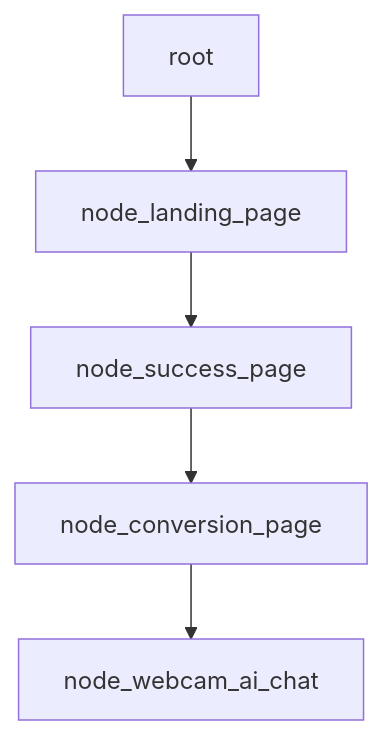
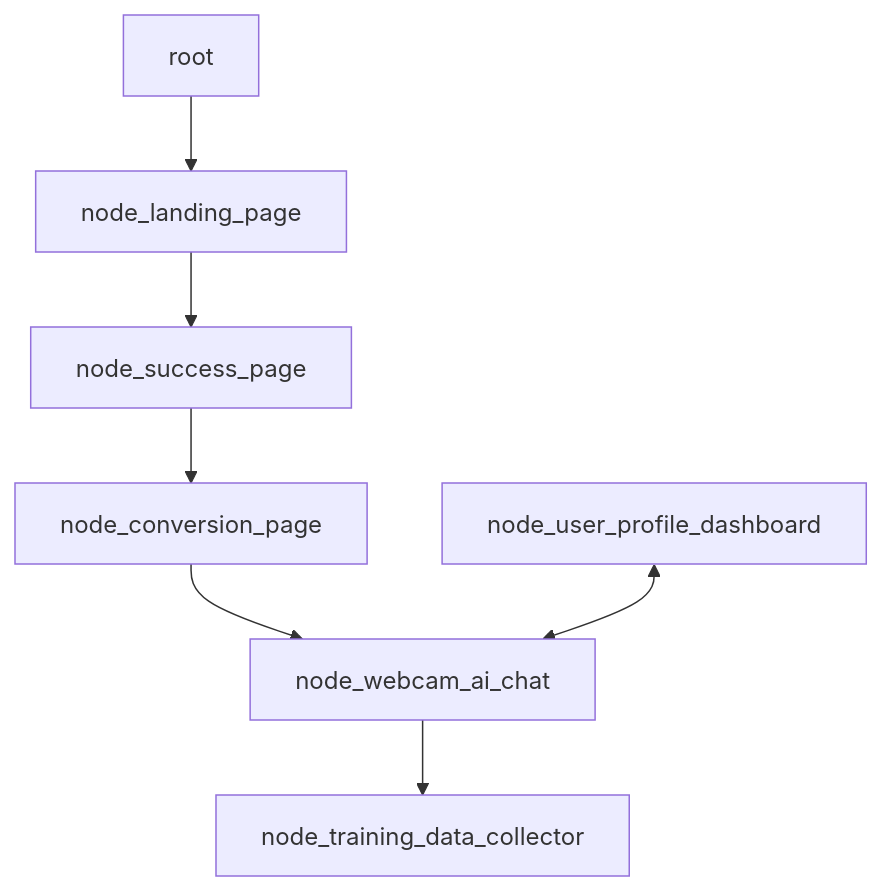
Before and after one commit to WrappedUsername/doggy-decoder-jac: the first of 2 diagrams in README.md, drawn with Mermaid. The commit also changed other lines of this file, not shown here.

````diff
--- a/README.md
+++ b/README.md
@@ -19,7 +19,9 @@
 ```mermaid
 graph TD;
     root-->node_landing_page
     node_landing_page-->node_success_page
     node_success_page-->node_conversion_page
     node_conversion_page-->node_webcam_ai_chat
+    node_user_profile_dashboard<-->node_webcam_ai_chat
+    node_webcam_ai_chat-->node_training_data_collector
 ```
````
